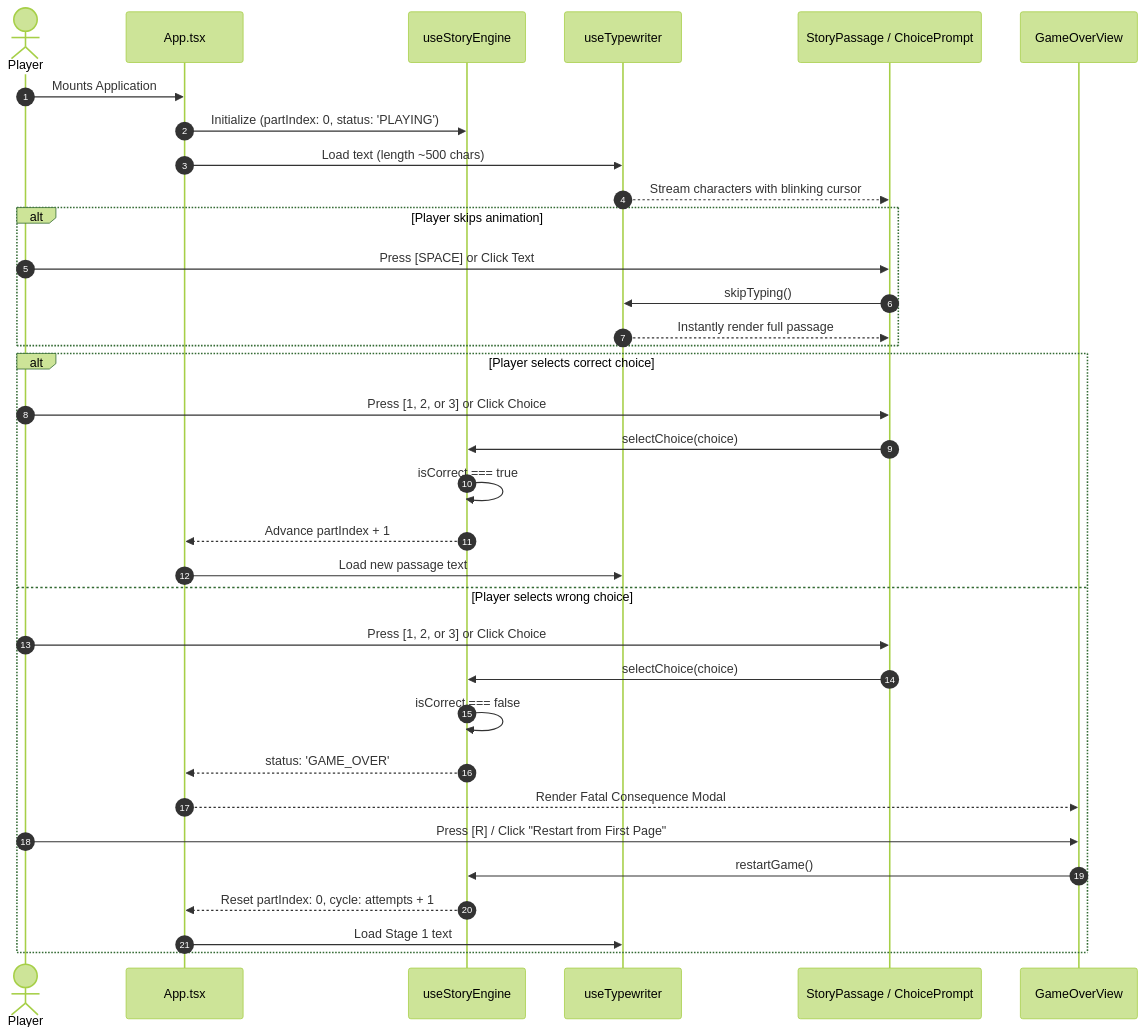
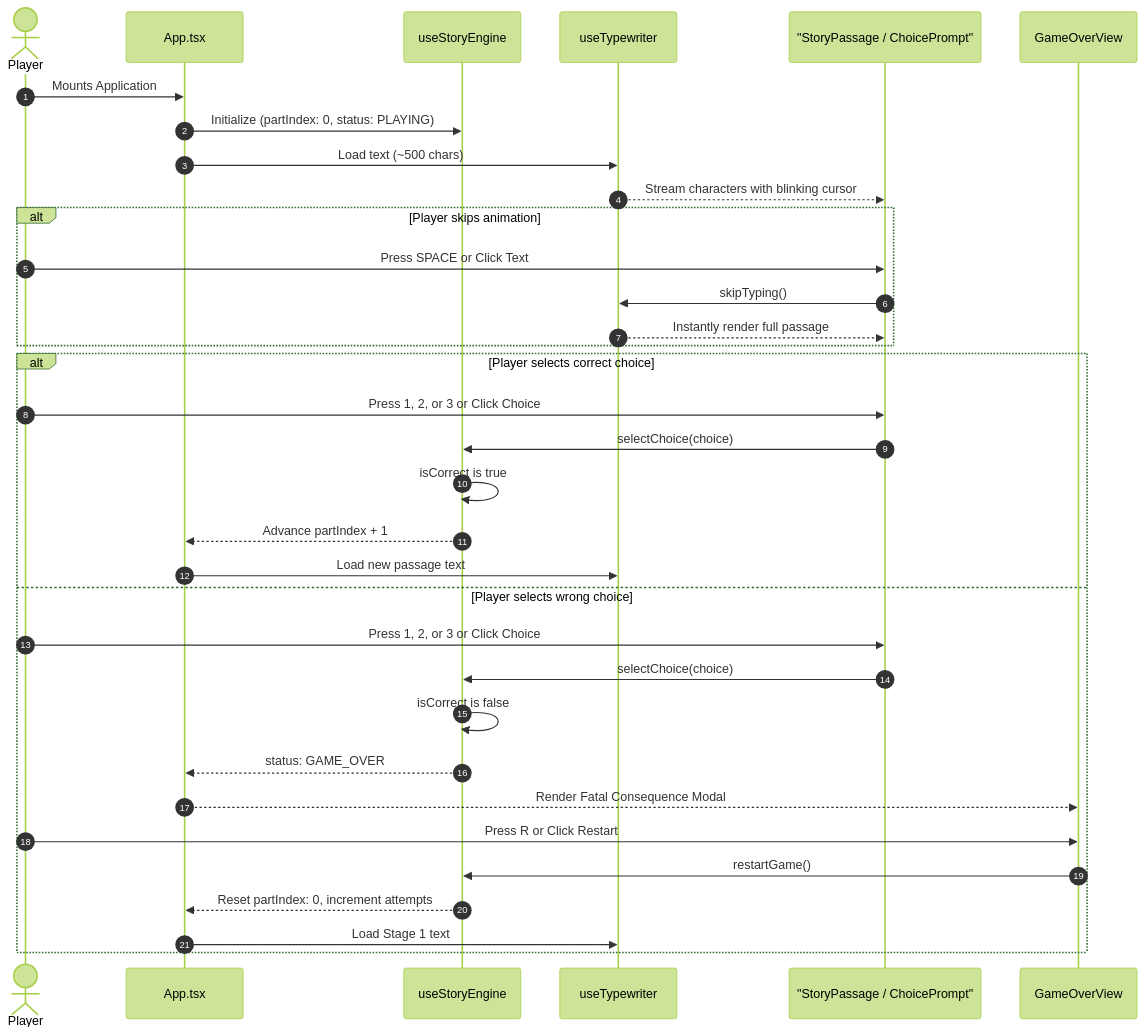
One commit to lucasdmendes/antigravity-cli-test changed the third of 3 diagrams in README.md. Above: the diagram before and after it, drawn with Mermaid (forest theme). The commit also changed other lines of this file, not shown here.

Commit message:
Updated README.md to parse first diagram correctly

````diff
--- a/README.md
+++ b/README.md
@@ -98,39 +98,39 @@
 ```mermaid
 sequenceDiagram
     autonumber
     actor Player
     participant App as App.tsx
     participant Engine as useStoryEngine
     participant Typewriter as useTypewriter
-    participant UI as StoryPassage / ChoicePrompt
+    participant UI as "StoryPassage / ChoicePrompt"
     participant GameOver as GameOverView
 
     Player->>App: Mounts Application
-    App->>Engine: Initialize (partIndex: 0, status: 'PLAYING')
-    App->>Typewriter: Load text (length ~500 chars)
+    App->>Engine: Initialize (partIndex: 0, status: PLAYING)
+    App->>Typewriter: Load text (~500 chars)
     Typewriter-->>UI: Stream characters with blinking cursor
     
     alt Player skips animation
-        Player->>UI: Press [SPACE] or Click Text
+        Player->>UI: Press SPACE or Click Text
         UI->>Typewriter: skipTyping()
         Typewriter-->>UI: Instantly render full passage
     end
 
     alt Player selects correct choice
-        Player->>UI: Press [1, 2, or 3] or Click Choice
+        Player->>UI: Press 1, 2, or 3 or Click Choice
         UI->>Engine: selectChoice(choice)
-        Engine->>Engine: isCorrect === true
+        Engine->>Engine: isCorrect is true
         Engine-->>App: Advance partIndex + 1
         App->>Typewriter: Load new passage text
     else Player selects wrong choice
-        Player->>UI: Press [1, 2, or 3] or Click Choice
+        Player->>UI: Press 1, 2, or 3 or Click Choice
         UI->>Engine: selectChoice(choice)
-        Engine->>Engine: isCorrect === false
-        Engine-->>App: status: 'GAME_OVER'
+        Engine->>Engine: isCorrect is false
+        Engine-->>App: status: GAME_OVER
         App-->>GameOver: Render Fatal Consequence Modal
-        Player->>GameOver: Press [R] / Click "Restart from First Page"
+        Player->>GameOver: Press R or Click Restart
         GameOver->>Engine: restartGame()
-        Engine-->>App: Reset partIndex: 0, cycle: attempts + 1
+        Engine-->>App: Reset partIndex: 0, increment attempts
         App->>Typewriter: Load Stage 1 text
     end
 ```
````
